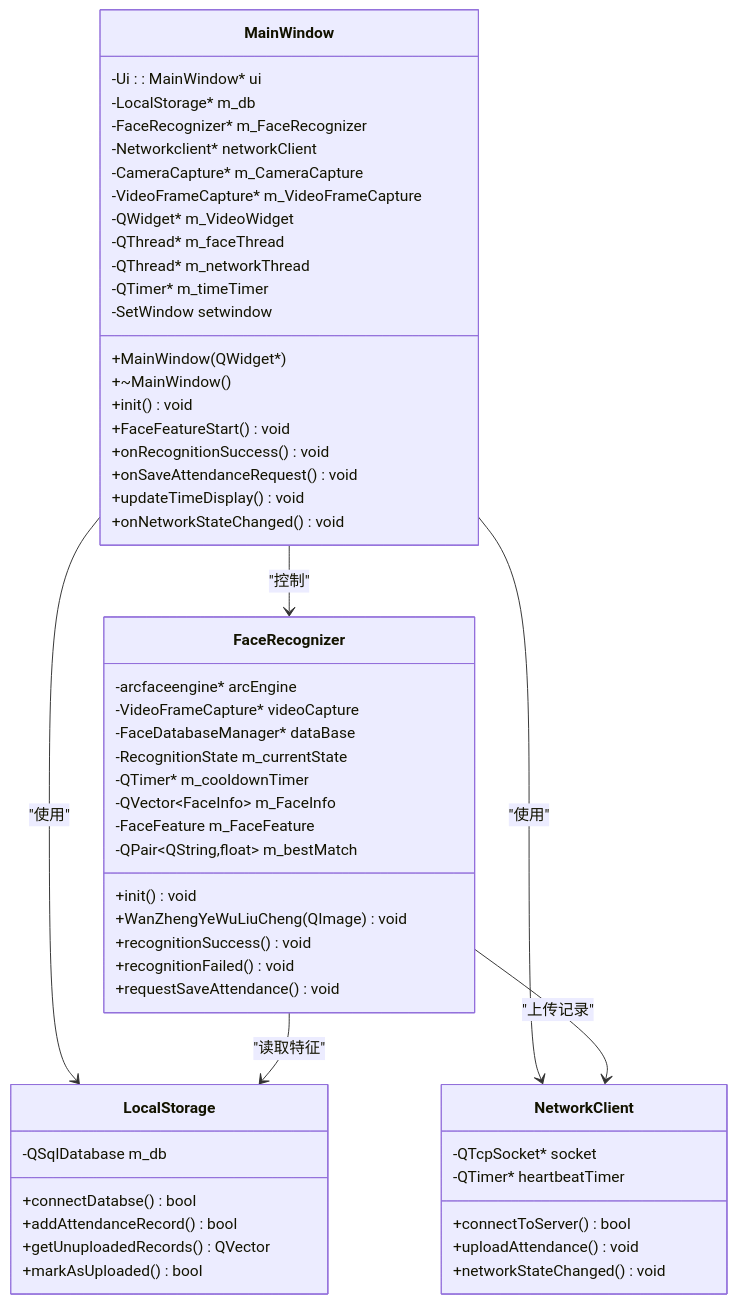
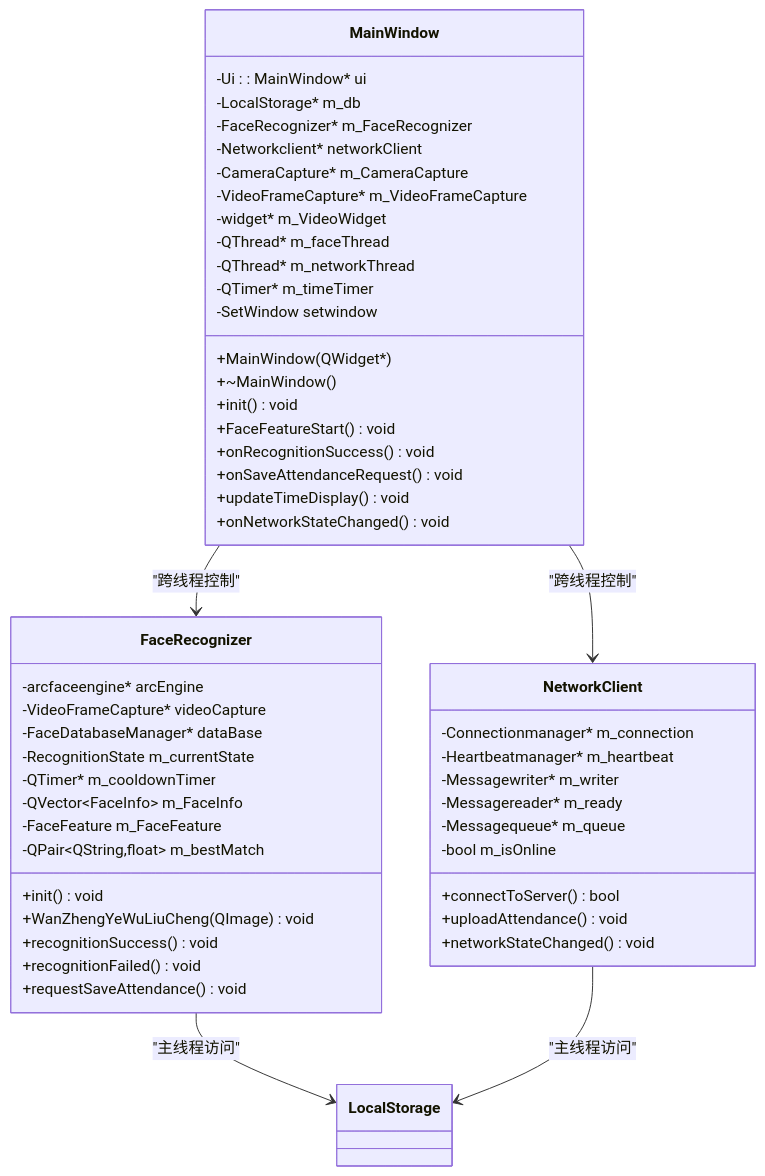
One commit to HeQiTZD/Triple-terminal-Attendance-Punching-System changed the third of 13 diagrams in .qoder/repowiki/zh/content/Main Application Integration.md. Above: the diagram before and after it, drawn with Mermaid. The commit also changed other lines of this file and 47 other files, not shown here.

````diff
--- a/.qoder/repowiki/zh/content/Main Application Integration.md
+++ b/.qoder/repowiki/zh/content/Main Application Integration.md
@@ -176,58 +201,54 @@
 ```mermaid
 classDiagram
 class MainWindow {
 -Ui : : MainWindow* ui
 -LocalStorage* m_db
 -FaceRecognizer* m_FaceRecognizer
 -Networkclient* networkClient
 -CameraCapture* m_CameraCapture
 -VideoFrameCapture* m_VideoFrameCapture
--QWidget* m_VideoWidget
+-widget* m_VideoWidget
 -QThread* m_faceThread
 -QThread* m_networkThread
 -QTimer* m_timeTimer
 -SetWindow setwindow
 +MainWindow(QWidget*)
 +~MainWindow()
 +init() void
 +FaceFeatureStart() void
 +onRecognitionSuccess() void
 +onSaveAttendanceRequest() void
 +updateTimeDisplay() void
 +onNetworkStateChanged() void
 }
 class FaceRecognizer {
 -arcfaceengine* arcEngine
 -VideoFrameCapture* videoCapture
 -FaceDatabaseManager* dataBase
 -RecognitionState m_currentState
 -QTimer* m_cooldownTimer
 -QVector~FaceInfo~ m_FaceInfo
 -FaceFeature m_FaceFeature
 -QPair~QString,float~ m_bestMatch
 +init() void
 +WanZhengYeWuLiuCheng(QImage) void
 +recognitionSuccess() void
 +recognitionFailed() void
 +requestSaveAttendance() void
 }
-class LocalStorage {
--QSqlDatabase m_db
-+connectDatabse() bool
-+addAttendanceRecord() bool
-+getUnuploadedRecords() QVector
-+markAsUploaded() bool
-}
 class NetworkClient {
--QTcpSocket* socket
--QTimer* heartbeatTimer
+-Connectionmanager* m_connection
+-Heartbeatmanager* m_heartbeat
+-Messagewriter* m_writer
+-Messagereader* m_ready
+-Messagequeue* m_queue
+-bool m_isOnline
 +connectToServer() bool
 +uploadAttendance() void
 +networkStateChanged() void
 }
-MainWindow --> FaceRecognizer : "控制"
-MainWindow --> LocalStorage : "使用"
-MainWindow --> NetworkClient : "使用"
-FaceRecognizer --> LocalStorage : "读取特征"
-FaceRecognizer --> NetworkClient : "上传记录"
+MainWindow --> FaceRecognizer : "跨线程控制"
+MainWindow --> NetworkClient : "跨线程控制"
+FaceRecognizer --> LocalStorage : "主线程访问"
+NetworkClient --> LocalStorage : "主线程访问"
 ```
````
